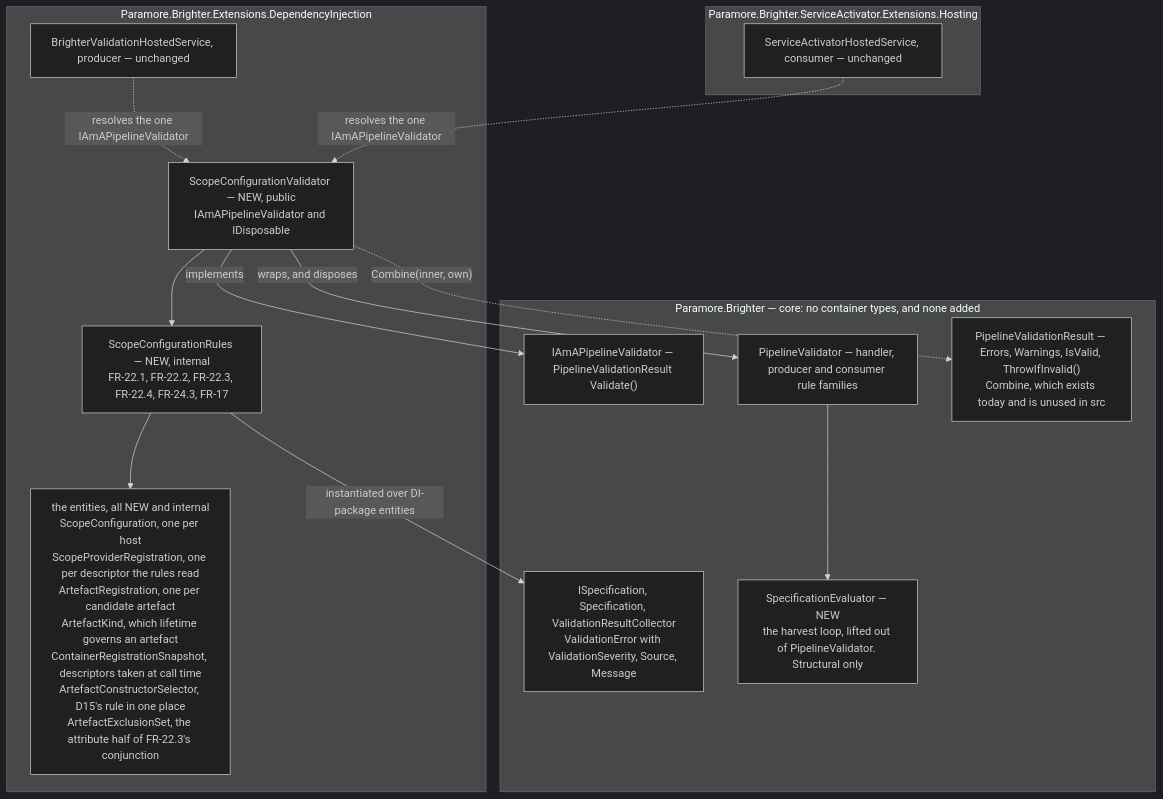
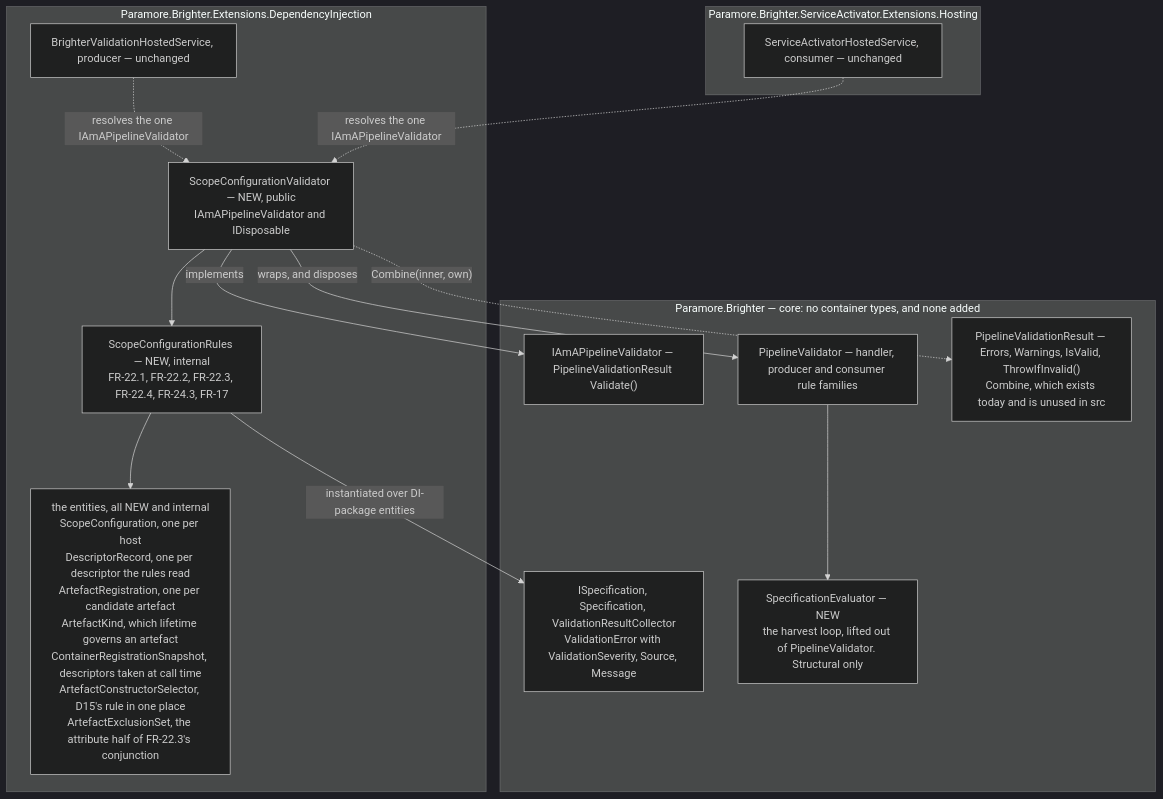
Before and after one commit to BrighterCommand/Brighter: the second of 2 diagrams in docs/adr/0074-lifetime-validation-evaluation-site.md, drawn with Mermaid (dark theme). The commit also changed other lines of this file, not shown here.

````diff
--- a/docs/adr/0074-lifetime-validation-evaluation-site.md
+++ b/docs/adr/0074-lifetime-validation-evaluation-site.md
@@ -154,31 +156,31 @@
 ```mermaid
 flowchart TB
     subgraph core["Paramore.Brighter — core: no container types, and none added"]
         iface["IAmAPipelineValidator — PipelineValidationResult Validate()"]
         pv["PipelineValidator — handler, producer and consumer rule families"]
         result["PipelineValidationResult — Errors, Warnings, IsValid, ThrowIfInvalid()<br/>Combine, which exists today and is unused in src"]
         specs["ISpecification, Specification, ValidationResultCollector<br/>ValidationError with ValidationSeverity, Source, Message"]
         eval["SpecificationEvaluator — NEW<br/>the harvest loop, lifted out of PipelineValidator. Structural only"]
         pv --> eval
     end
 
     subgraph di["Paramore.Brighter.Extensions.DependencyInjection"]
         dec["ScopeConfigurationValidator — NEW, public<br/>IAmAPipelineValidator and IDisposable"]
         rules["ScopeConfigurationRules — NEW, internal<br/>FR-22.1, FR-22.2, FR-22.3, FR-22.4, FR-24.3, FR-17"]
         h1["BrighterValidationHostedService, producer — unchanged"]
-        ents["the entities, all NEW and internal<br/>ScopeConfiguration, one per host<br/>ScopeProviderRegistration, one per descriptor the rules read<br/>ArtefactRegistration, one per candidate artefact<br/>ArtefactKind, which lifetime governs an artefact<br/>ContainerRegistrationSnapshot, descriptors taken at call time<br/>ArtefactConstructorSelector, D15's rule in one place<br/>ArtefactExclusionSet, the attribute half of FR-22.3's conjunction"]
+        ents["the entities, all NEW and internal<br/>ScopeConfiguration, one per host<br/>DescriptorRecord, one per descriptor the rules read<br/>ArtefactRegistration, one per candidate artefact<br/>ArtefactKind, which lifetime governs an artefact<br/>ContainerRegistrationSnapshot, descriptors taken at call time<br/>ArtefactConstructorSelector, D15's rule in one place<br/>ArtefactExclusionSet, the attribute half of FR-22.3's conjunction"]
         dec --> rules
         rules --> ents
     end
 
     subgraph hosting["Paramore.Brighter.ServiceActivator.Extensions.Hosting"]
         h2["ServiceActivatorHostedService, consumer — unchanged"]
     end
 
     dec -- "implements" --> iface
     dec -- "wraps, and disposes" --> pv
     dec -. "Combine(inner, own)" .-> result
     rules -- "instantiated over DI-package entities" --> specs
     h1 -. "resolves the one IAmAPipelineValidator" .-> dec
     h2 -. "resolves the one IAmAPipelineValidator" .-> dec
 ```
````
